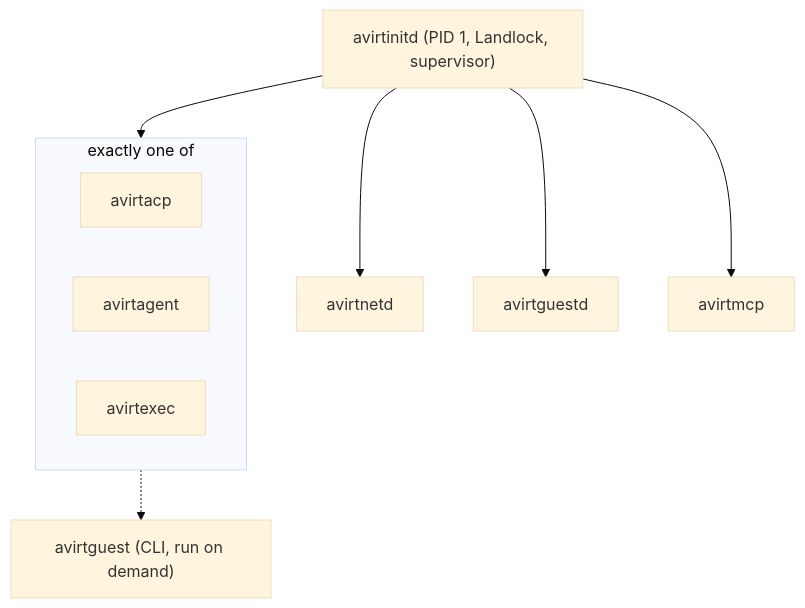
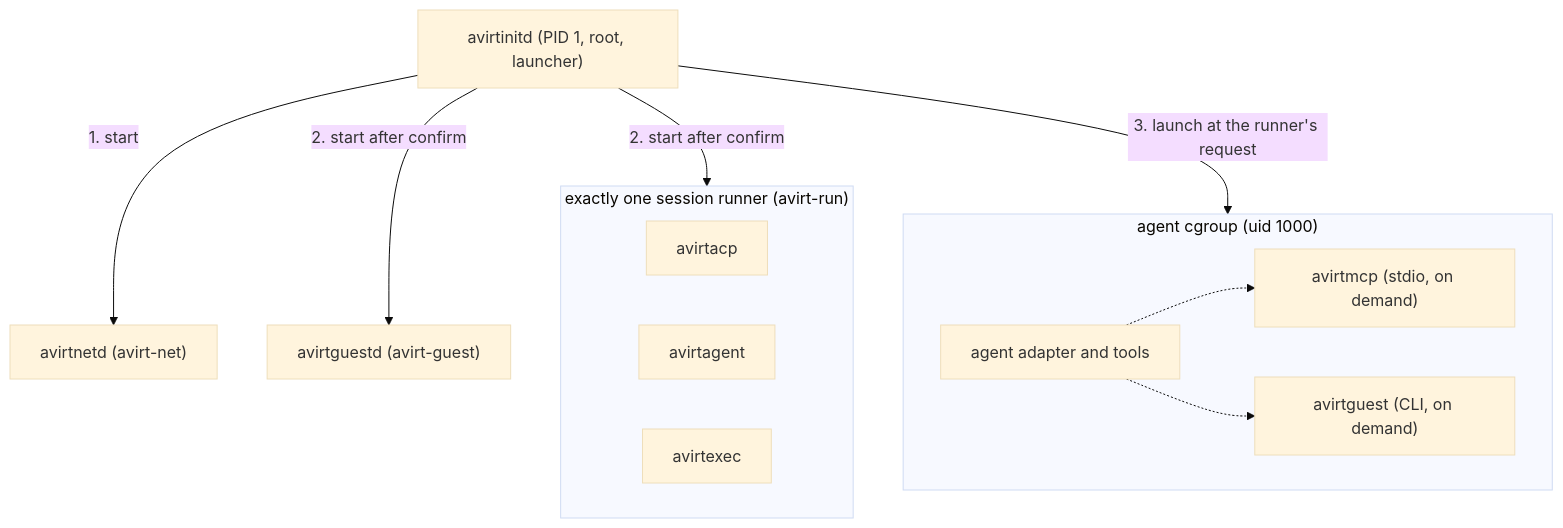
One commit to tbhb-dev/avirt changed the third of 5 diagrams in docs/components.md. Above: the diagram before and after it, drawn with Mermaid (base theme). The commit also changed other lines of this file and 32 other files, not shown here.

First line of the commit message:
docs: plan the avirt component architecture and workspaces

````diff
--- a/docs/components.md
+++ b/docs/components.md
@@ -115,18 +247,22 @@
 ```mermaid
 flowchart TD
-    init["avirtinitd (PID 1, Landlock, supervisor)"]
-    subgraph one["exactly one of"]
+    init["avirtinitd (PID 1, root, launcher)"]
+    net["avirtnetd (avirt-net)"]
+    subgraph one["exactly one session runner (avirt-run)"]
         acp["avirtacp"]
-        agent["avirtagent"]
+        agentr["avirtagent"]
         exec["avirtexec"]
     end
-    net["avirtnetd"]
-    guestd["avirtguestd"]
-    mcp["avirtmcp"]
-    guest["avirtguest (CLI, run on demand)"]
-    init --> one
-    init --> net
-    init --> guestd
-    init --> mcp
-    one -.-> guest
+    guestd["avirtguestd (avirt-guest)"]
+    subgraph cg["agent cgroup (uid 1000)"]
+        adapter["agent adapter and tools"]
+        mcp["avirtmcp (stdio, on demand)"]
+        guest["avirtguest (CLI, on demand)"]
+    end
+    init -->|"1. start"| net
+    init -->|"2. start after confirm"| one
+    init -->|"2. start after confirm"| guestd
+    init -->|"3. launch at the runner's request"| cg
+    adapter -.-> mcp
+    adapter -.-> guest
 ```
````
